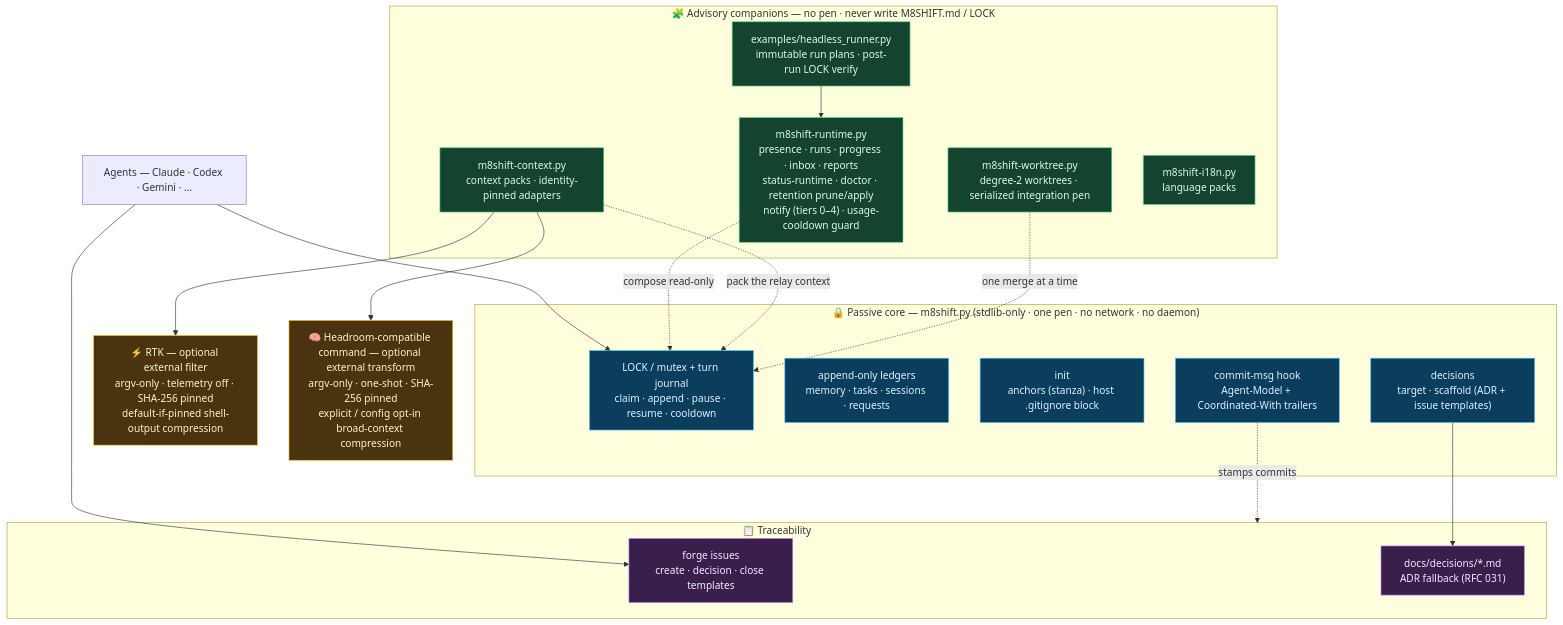
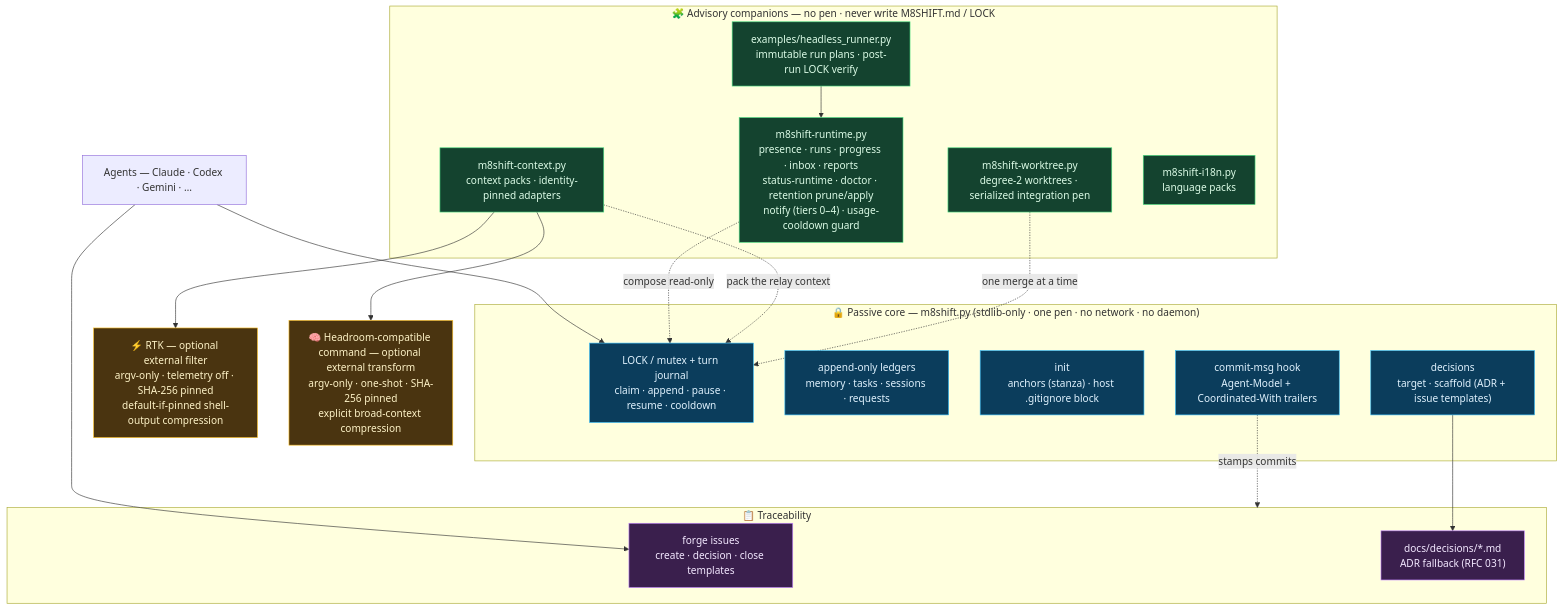
The fifth of 6 diagrams in docs/en/architecture.md (M8Shift/M8Shift), drawn with Mermaid before and after one commit. The commit also changed other lines of this file and 9 other files, not shown here.

First line of the commit message:
feat(context): plumb compression routing signals

````diff
--- a/docs/en/architecture.md
+++ b/docs/en/architecture.md
@@ -172,48 +172,48 @@
 ```mermaid
 flowchart TB
     classDef core fill:#0b3d5c,stroke:#38bdf8,color:#e0f2fe;
     classDef companion fill:#14432f,stroke:#4ade80,color:#dcfce7;
     classDef external fill:#4a3410,stroke:#fbbf24,color:#fef3c7;
     classDef forge fill:#3a1f4d,stroke:#c084fc,color:#f3e8ff;
 
     AG["Agents — Claude · Codex · Gemini · …"]
 
     subgraph CORE["🔒 Passive core — m8shift.py (stdlib-only · one pen · no network · no daemon)"]
         LOCK["LOCK / mutex + turn journal<br/>claim · append · pause · resume · cooldown"]
         LEDG["append-only ledgers<br/>memory · tasks · sessions · requests"]
         INIT["init<br/>anchors (stanza) · host .gitignore block"]
         DEC["decisions<br/>target · scaffold (ADR + issue templates)"]
         HOOK["commit-msg hook<br/>Agent-Model + Coordinated-With trailers"]
     end
     class LOCK,LEDG,INIT,DEC,HOOK core
 
     subgraph COMP["🧩 Advisory companions — no pen · never write M8SHIFT.md / LOCK"]
         RT["m8shift-runtime.py<br/>presence · runs · progress · inbox · reports<br/>status-runtime · doctor · retention prune/apply<br/>notify (tiers 0–4) · usage-cooldown guard"]
         CX["m8shift-context.py<br/>context packs · identity-pinned adapters"]
         WT["m8shift-worktree.py<br/>degree-2 worktrees · serialized integration pen"]
         I18["m8shift-i18n.py<br/>language packs"]
         HR["examples/headless_runner.py<br/>immutable run plans · post-run LOCK verify"]
     end
     class RT,CX,WT,I18,HR companion
 
     RTK["⚡ RTK — optional external filter<br/>argv-only · telemetry off · SHA-256 pinned<br/>default-if-pinned shell-output compression"]
-    HD["🧠 Headroom-compatible command — optional external transform<br/>argv-only · one-shot · SHA-256 pinned<br/>explicit / config opt-in broad-context compression"]
+    HD["🧠 Headroom-compatible command — optional external transform<br/>argv-only · one-shot · SHA-256 pinned<br/>explicit broad-context compression"]
     class RTK,HD external
 
     subgraph TRACE["📋 Traceability"]
         ISS["forge issues<br/>create · decision · close templates"]
         ADR["docs/decisions/*.md<br/>ADR fallback (RFC 031)"]
     end
     class ISS,ADR forge
 
     AG --> LOCK
     AG --> ISS
     RT -. "compose read-only" .-> LOCK
     CX -. "pack the relay context" .-> LOCK
     CX --> RTK
     CX --> HD
     WT -. "one merge at a time" .-> LOCK
     HR --> RT
     DEC --> ADR
     HOOK -. "stamps commits" .-> TRACE
 ```
````
